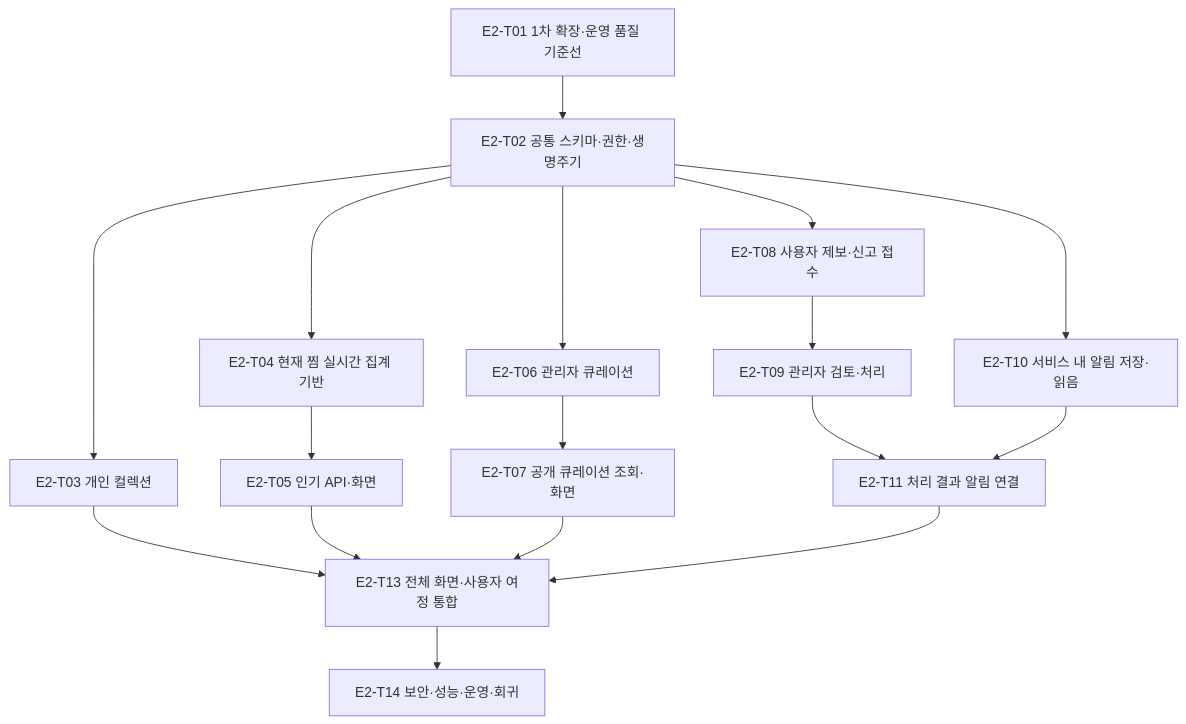
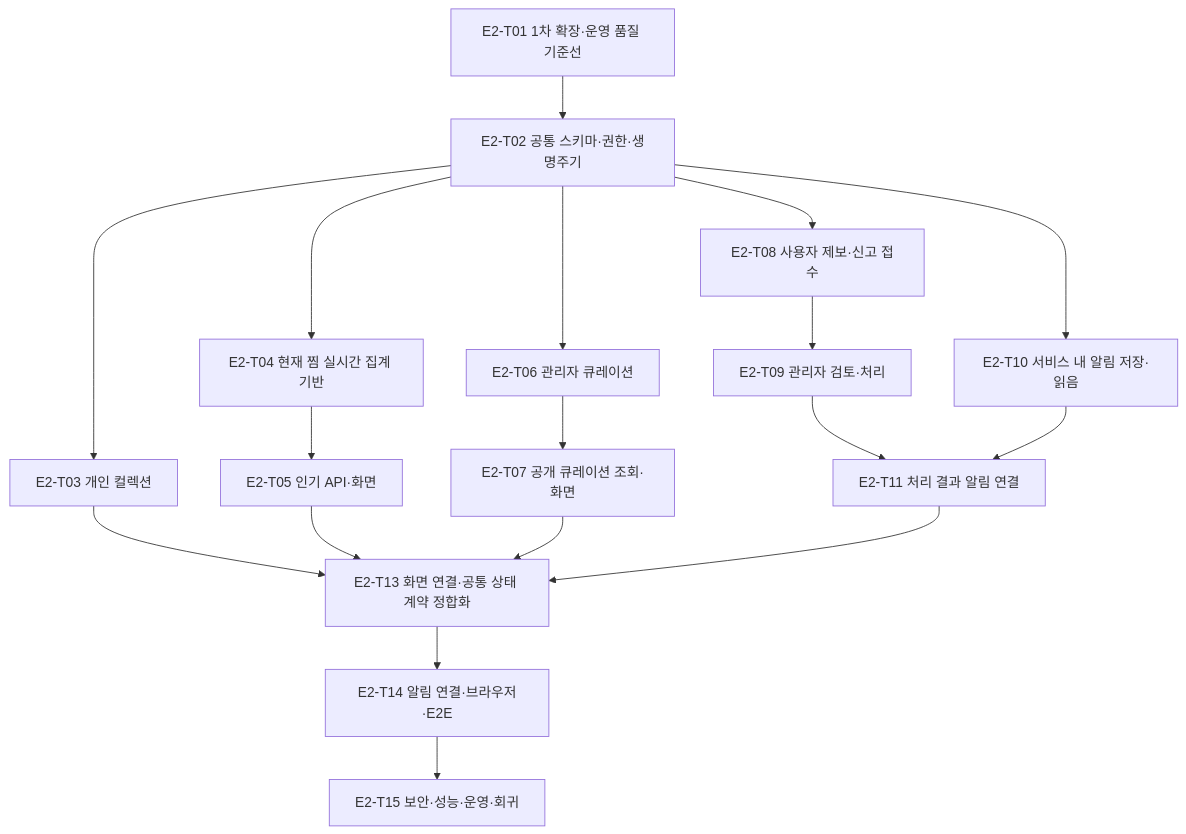
One commit to team-youngkk/masit-on changed the diagram in docs/08-planning/expansion-2-implementation-plan.md. Above: the diagram before and after it, drawn with Mermaid. The commit also changed other lines of this file and 7 other files, not shown here.

````diff
--- a/docs/08-planning/expansion-2-implementation-plan.md
+++ b/docs/08-planning/expansion-2-implementation-plan.md
@@ -36,19 +36,20 @@
 ```mermaid
 flowchart TD
     T01["E2-T01 1차 확장·운영 품질 기준선"] --> T02["E2-T02 공통 스키마·권한·생명주기"]
     T02 --> T03["E2-T03 개인 컬렉션"]
     T02 --> T04["E2-T04 현재 찜 실시간 집계 기반"]
     T04 --> T05["E2-T05 인기 API·화면"]
     T02 --> T06["E2-T06 관리자 큐레이션"]
     T06 --> T07["E2-T07 공개 큐레이션 조회·화면"]
     T02 --> T08["E2-T08 사용자 제보·신고 접수"]
     T08 --> T09["E2-T09 관리자 검토·처리"]
     T02 --> T10["E2-T10 서비스 내 알림 저장·읽음"]
     T09 --> T11["E2-T11 처리 결과 알림 연결"]
     T10 --> T11
-    T03 --> T13["E2-T13 전체 화면·사용자 여정 통합"]
+    T03 --> T13["E2-T13 화면 연결·공통 상태 계약 정합화"]
     T05 --> T13
     T07 --> T13
     T11 --> T13
-    T13 --> T14["E2-T14 보안·성능·운영·회귀"]
+    T13 --> T14["E2-T14 알림 연결·브라우저·E2E"]
+    T14 --> T15["E2-T15 보안·성능·운영·회귀"]
 ```
````
